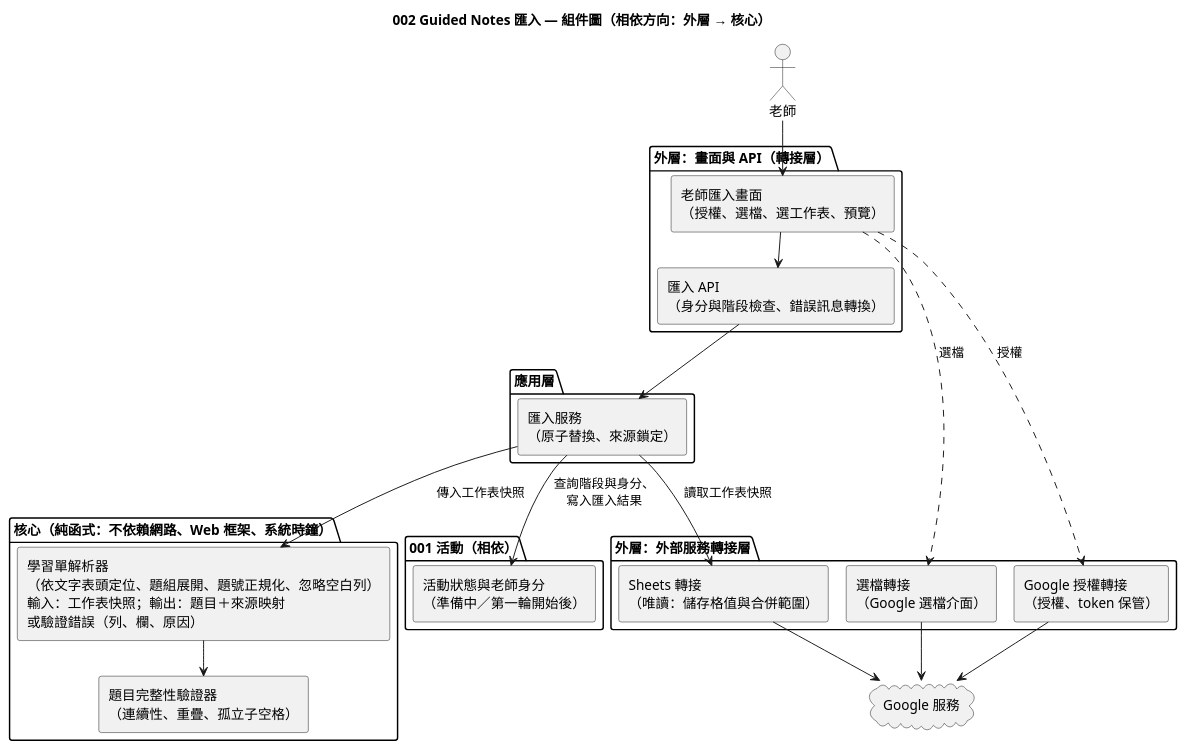
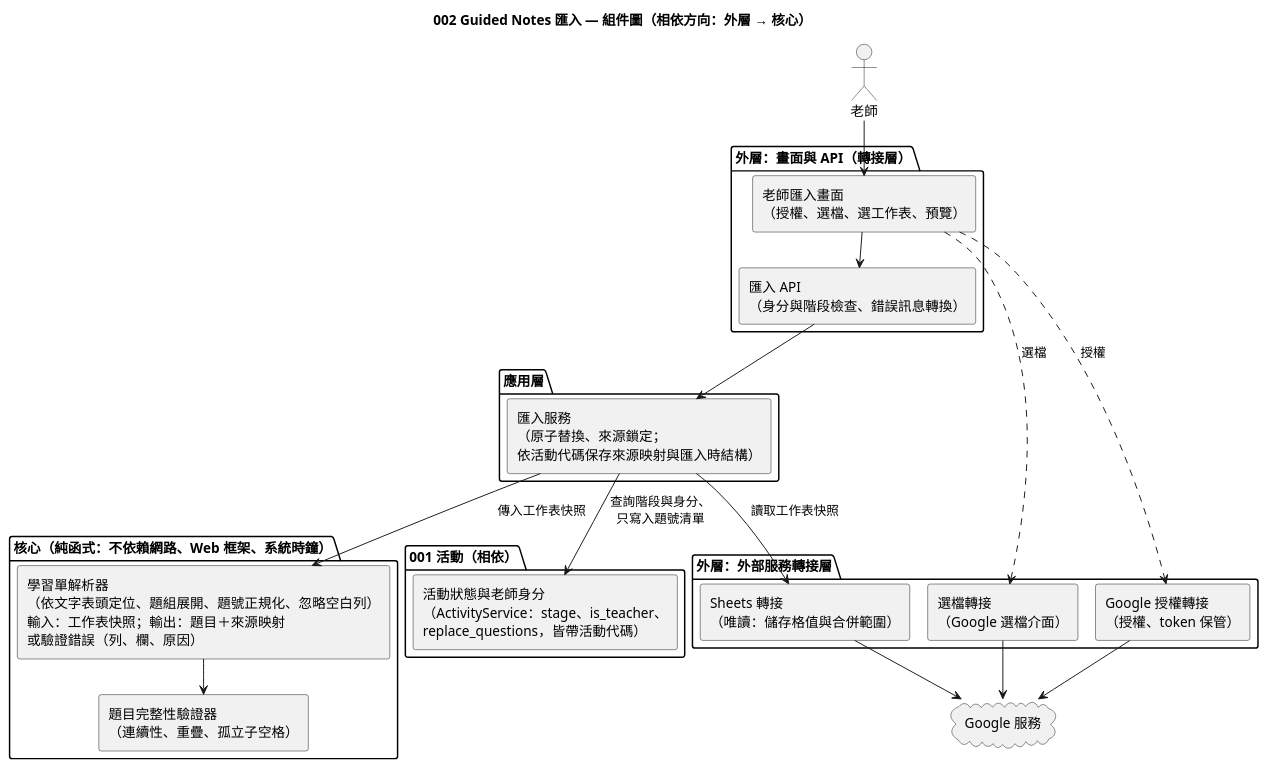
Before and after one commit to EricC430/lecture-answer-first_group16_speckit: the diagram in diagrams/002-guided-notes-import-component.puml, drawn with PlantUML. The commit also changed 6 other files, not shown here.

```diff
--- a/diagrams/002-guided-notes-import-component.puml
+++ b/diagrams/002-guided-notes-import-component.puml
@@ -1,47 +1,47 @@
 @startuml 002-guided-notes-import-component
 !pragma layout smetana
 skinparam defaultFontName "Microsoft JhengHei"
 skinparam componentStyle rectangle
 title 002 Guided Notes 匯入 — 組件圖（相依方向：外層 → 核心）
 
 actor "老師" as Teacher
 
 package "外層：畫面與 API（轉接層）" {
   [老師匯入畫面\n（授權、選檔、選工作表、預覽）] as UI
   [匯入 API\n（身分與階段檢查、錯誤訊息轉換）] as Api
 }
 
 package "應用層" {
-  [匯入服務\n（原子替換、來源鎖定）] as ImportService
+  [匯入服務\n（原子替換、來源鎖定；\n依活動代碼保存來源映射與匯入時結構）] as ImportService
 }
 
 package "核心（純函式：不依賴網路、Web 框架、系統時鐘）" {
   [學習單解析器\n（依文字表頭定位、題組展開、題號正規化、忽略空白列）\n輸入：工作表快照；輸出：題目＋來源映射\n或驗證錯誤（列、欄、原因）] as Parser
   [題目完整性驗證器\n（連續性、重疊、孤立子空格）] as Validator
 }
 
 package "外層：外部服務轉接層" {
   [Google 授權轉接\n（授權、token 保管）] as AuthAdapter
   [選檔轉接\n（Google 選檔介面）] as PickerAdapter
   [Sheets 轉接\n（唯讀：儲存格值與合併範圍）] as SheetsAdapter
 }
 
 package "001 活動（相依）" {
-  [活動狀態與老師身分\n（準備中／第一輪開始後）] as Activity
+  [活動狀態與老師身分\n（ActivityService：stage、is_teacher、\nreplace_questions，皆帶活動代碼）] as Activity
 }
 
 cloud "Google 服務" as Google
 
 Teacher --> UI
 UI --> Api
 UI ..> PickerAdapter : 選檔
 UI ..> AuthAdapter : 授權
 Api --> ImportService
-ImportService --> Activity : 查詢階段與身分、\n寫入匯入結果
+ImportService --> Activity : 查詢階段與身分、\n只寫入題號清單
 ImportService --> SheetsAdapter : 讀取工作表快照
 ImportService --> Parser : 傳入工作表快照
 Parser --> Validator
 SheetsAdapter --> Google
 AuthAdapter --> Google
 PickerAdapter --> Google
 @enduml
```
